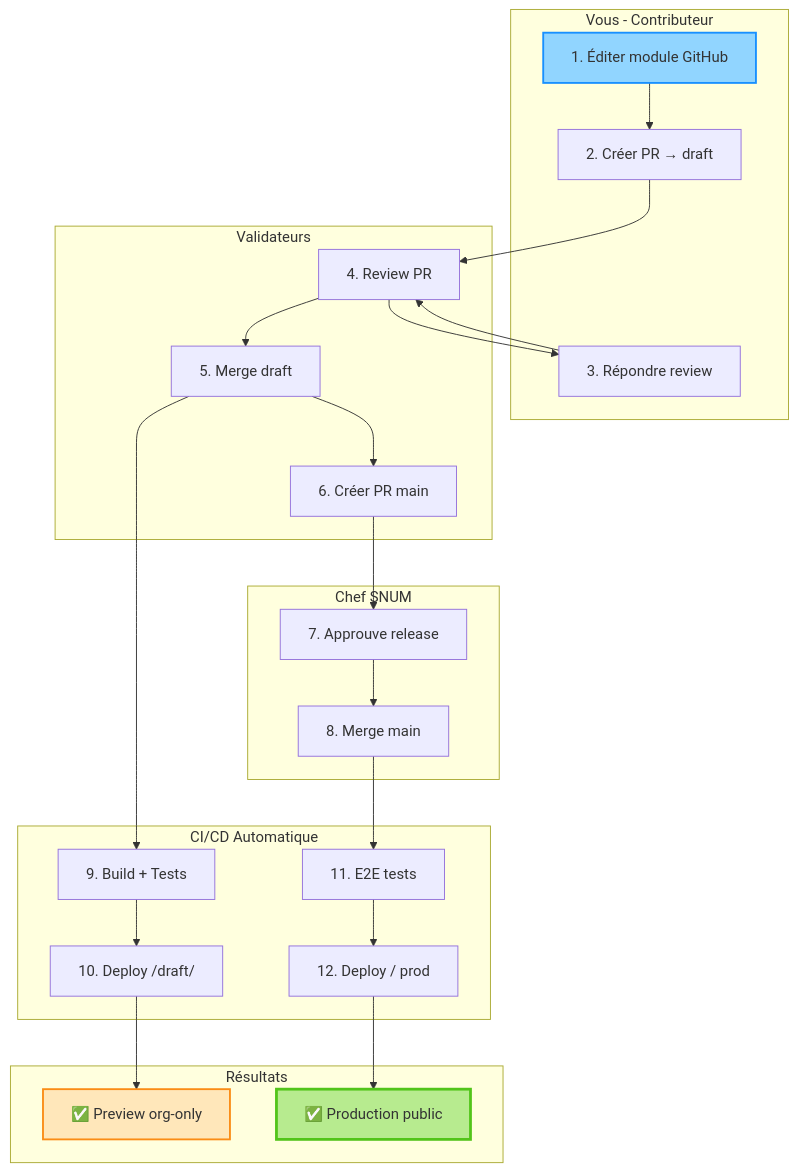
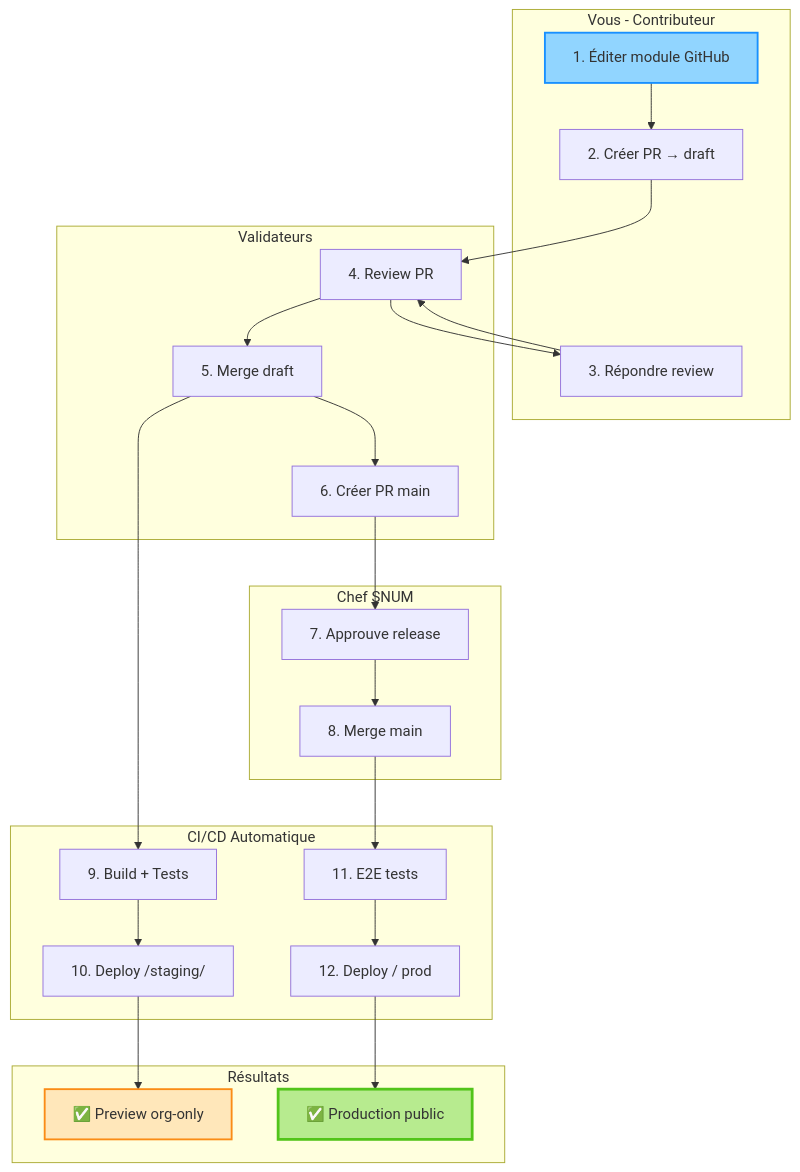
One commit to Alexmacapple/span-sg changed the seventh of 7 diagrams in docs/onboarding-visual.md. Above: the diagram before and after it, drawn with Mermaid. The commit also changed other lines of this file and 12 other files, not shown here.

First line of the commit message:
docs: renommer toutes références /draft/ vers /staging/

````diff
--- a/docs/onboarding-visual.md
+++ b/docs/onboarding-visual.md
@@ -360,51 +360,51 @@
 ```mermaid
 graph TB
     subgraph "Vous - Contributeur"
         A[1. Éditer module GitHub]
         B[2. Créer PR → draft]
         C[3. Répondre review]
     end
 
     subgraph "Validateurs"
         D[4. Review PR]
         E[5. Merge draft]
         F[6. Créer PR main]
     end
 
     subgraph "Chef SNUM"
         G[7. Approuve release]
         H[8. Merge main]
     end
 
     subgraph "CI/CD Automatique"
         I[9. Build + Tests]
-        J[10. Deploy /draft/]
+        J[10. Deploy /staging/]
         K[11. E2E tests]
         L[12. Deploy / prod]
     end
 
     subgraph "Résultats"
         M[✅ Preview org-only]
         N[✅ Production public]
     end
 
     A --> B
     B --> D
     D --> C
     C --> D
     D --> E
     E --> I
     I --> J
     J --> M
 
     E --> F
     F --> G
     G --> H
     H --> K
     K --> L
     L --> N
 
     style A fill:#91d5ff,stroke:#1890ff,stroke-width:2px
     style M fill:#ffe7ba,stroke:#fa8c16,stroke-width:2px
     style N fill:#b7eb8f,stroke:#52c41a,stroke-width:3px
 ```
````
